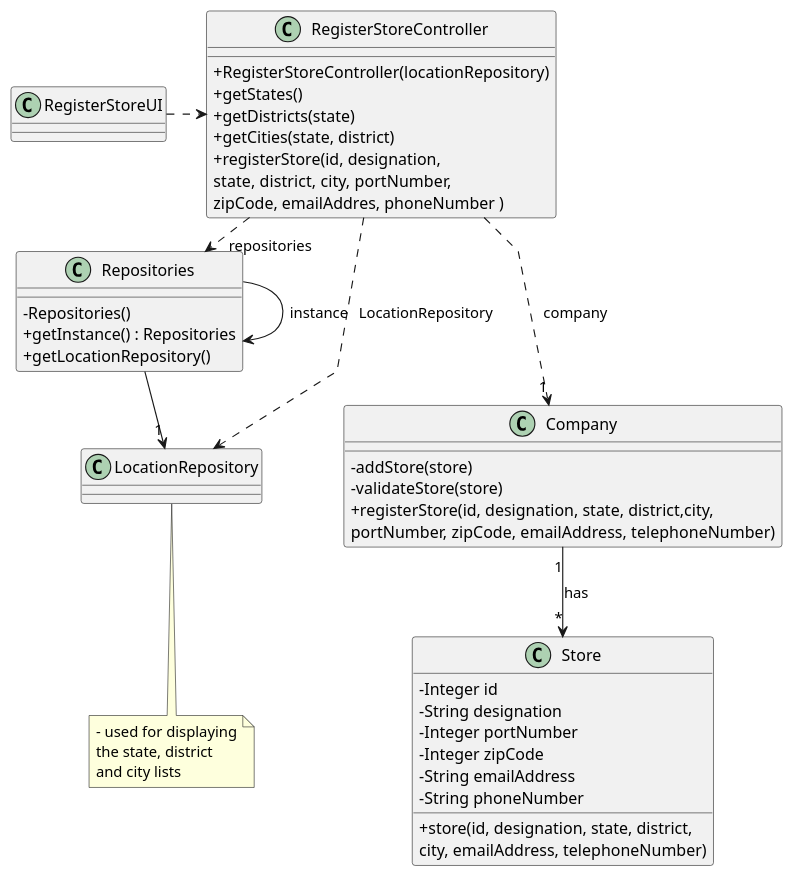
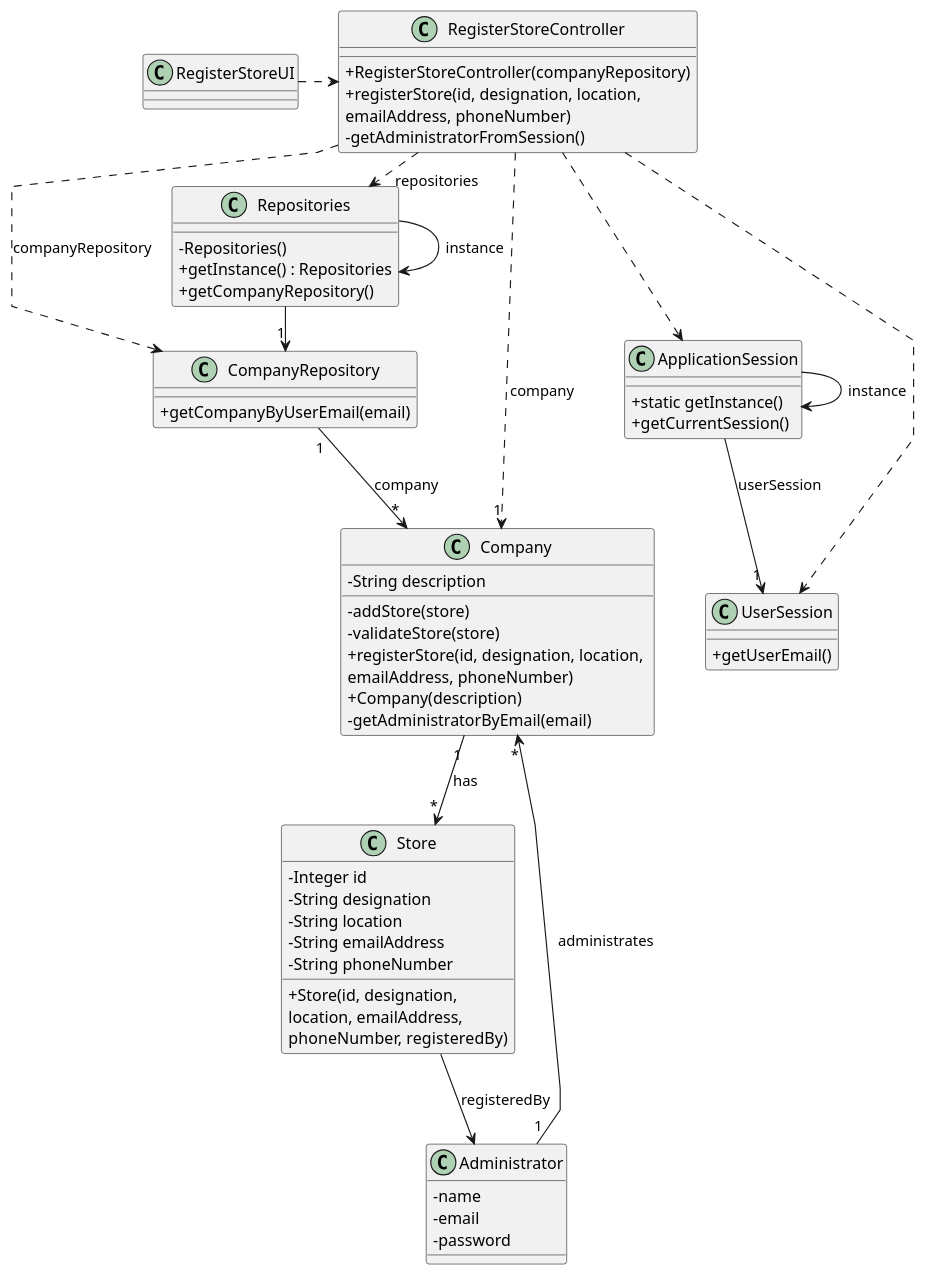
One commit to Rodrick0209/ISEP-LAPR2-22-23 changed the diagram in docs/Sprint-B/US005/03.design/puml/us005-class-diagram.puml. Above: the diagram before and after it, drawn with PlantUML. The commit also changed 18 other files, not shown here.

Commit message:
US006 Design (SD & Class Diagram) & Tests and Implementation

```diff
--- a/docs/Sprint-B/US005/03.design/puml/us005-class-diagram.puml
+++ b/docs/Sprint-B/US005/03.design/puml/us005-class-diagram.puml
@@ -1,73 +1,87 @@
 @startuml
 'skinparam monochrome true
 skinparam packageStyle rectangle
 skinparam shadowing false
 skinparam linetype polyline
 'skinparam linetype orto
 
 skinparam classAttributeIconSize 0
 
 'left to right direction
 
+class ApplicationSession
+{
+    + static getInstance()
+    + getCurrentSession()
+}
+
+class UserSession
+{
+    + getUserEmail()
+}
 
 class Store {
     - Integer id
     - String designation
-    - Integer portNumber
-    - Integer zipCode
+    - String location
     - String emailAddress
     - String phoneNumber
 
-    + store(id, designation, state, district,\ncity, emailAddress, telephoneNumber)
+    + Store(id, designation, \nlocation, emailAddress, \nphoneNumber, registeredBy)
 }
 
 class Company {
+    - String description
     - addStore(store)
     - validateStore(store)
-    + registerStore(id, designation, state, district,city, \nportNumber, zipCode, emailAddress, telephoneNumber)
-
-'  +saveStore(store)
+    + registerStore(id, designation, location, \nemailAddress, phoneNumber)
+    '+ saveStore(store)
+    + Company(description)
+    - getAdministratorByEmail(email)
 }
-
-class LocationRepository {
-}
-
 
 class Repositories {
     - Repositories()
     + getInstance() : Repositories
-    + getLocationRepository()
+    + getCompanyRepository()
 }
 
 class RegisterStoreController {
-    + RegisterStoreController(locationRepository)
-    + getStates()
-    + getDistricts(state)
-    + getCities(state, district)
-    + registerStore(id, designation, \nstate, district, city, portNumber, \nzipCode, emailAddres, phoneNumber )
+    + RegisterStoreController(companyRepository)
+    + registerStore(id, designation, location, \nemailAddress, phoneNumber)
+    - getAdministratorFromSession()
 }
 
+class CompanyRepository{
+    +getCompanyByUserEmail(email)
+}
 
-note bottom of LocationRepository
-    - used for displaying
-    the state, district
-    and city lists
-end note
-
+class Administrator{
+-name
+-email
+-password
+}
 
 Repositories -> Repositories : instance
+ApplicationSession -> ApplicationSession : instance
 
 RegisterStoreUI .> RegisterStoreController
 
 RegisterStoreController .> Repositories : repositories
 
-Repositories -> "1" LocationRepository
+Repositories -> "1" CompanyRepository
 
-RegisterStoreController ..> LocationRepository : LocationRepository
-
+RegisterStoreController ..> CompanyRepository : companyRepository
+CompanyRepository "1" --> "*" Company : company
+ApplicationSession --> "1" UserSession : userSession
 
 RegisterStoreController ..> "1" Company : company
+RegisterStoreController ..> ApplicationSession
+RegisterStoreController ..> UserSession
+Store --> Administrator : registeredBy
 Company "1" --> "*" Store : has
+Administrator "1" --> "*" Company : administrates
+
 
 
 @enduml
```
